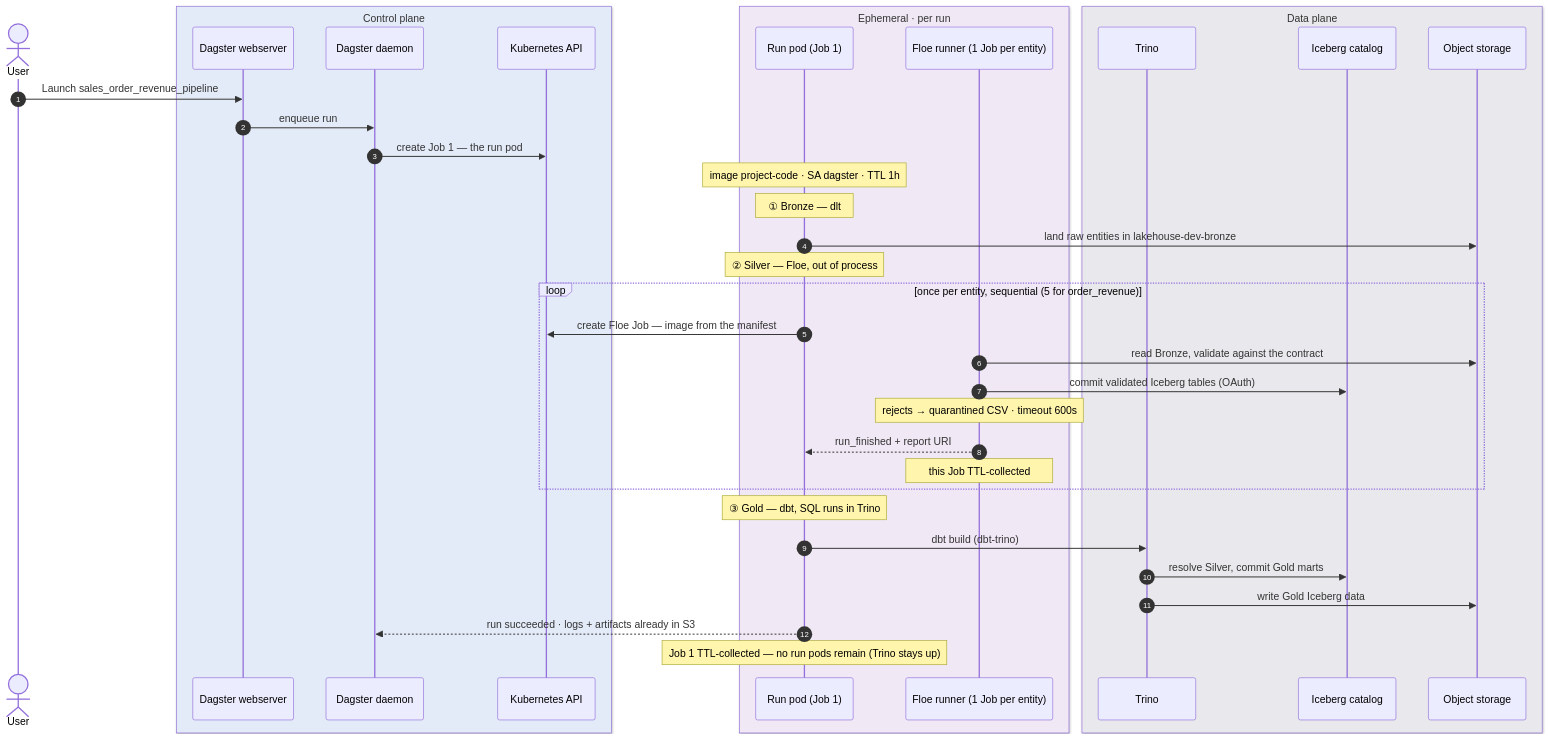
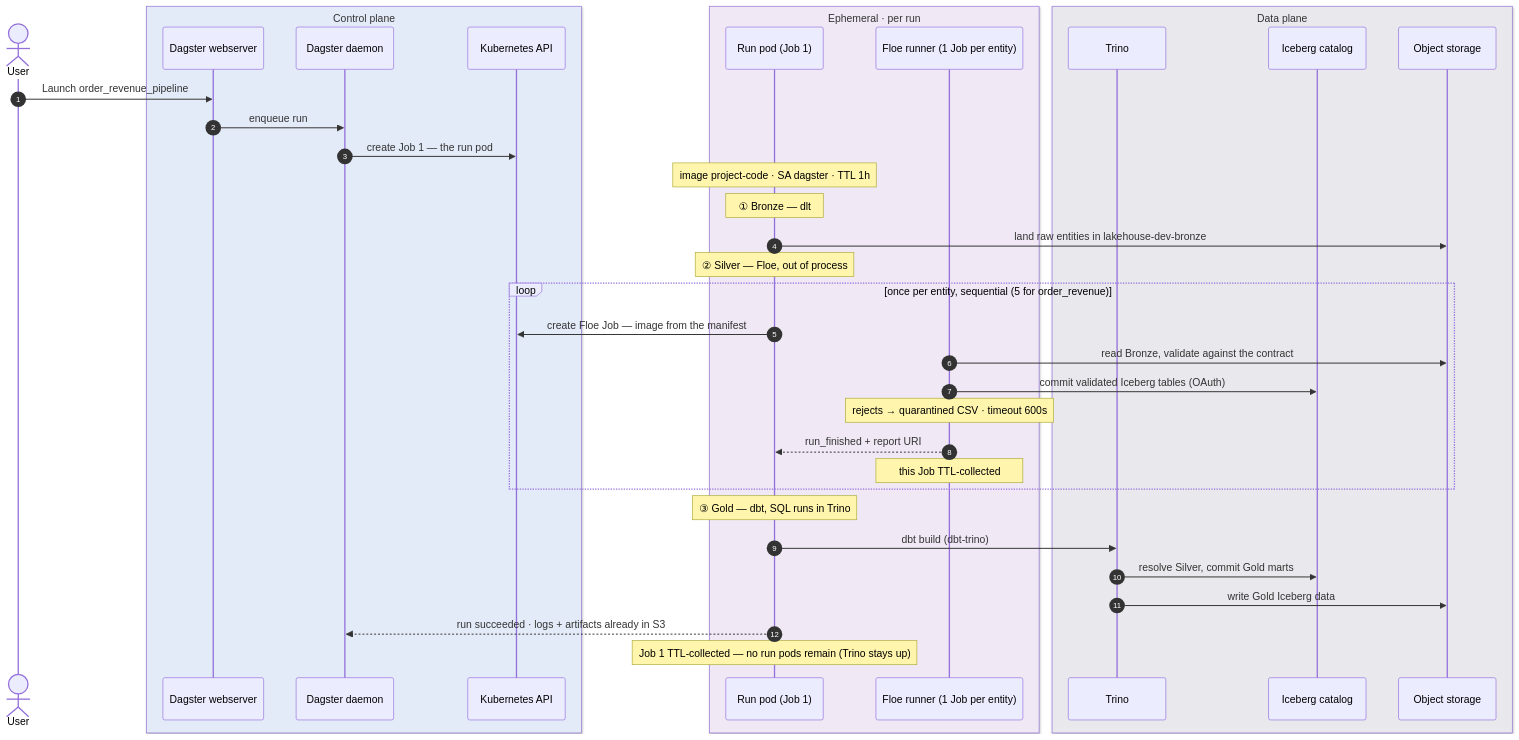
One commit to chouaibmouidis-py/openlakeforge changed the first of 2 diagrams in docs/architecture/diagrams/chart3-ephemeral-job-lifecycle.md. Above: the diagram before and after it, drawn with Mermaid. The commit also changed 15 other files, not shown here.

First line of the commit message:
docs: hardware requirements, a gapless tutorial and the runtime charts (#513)

````diff
--- a/docs/architecture/diagrams/chart3-ephemeral-job-lifecycle.md
+++ b/docs/architecture/diagrams/chart3-ephemeral-job-lifecycle.md
@@ -21,45 +21,45 @@
 ```mermaid
 sequenceDiagram
     autonumber
     actor User
     box rgb(228,235,248) Control plane
         participant UI as Dagster webserver
         participant Daemon as Dagster daemon
         participant API as Kubernetes API
     end
     box rgb(240,232,245) Ephemeral · per run
         participant Run as Run pod (Job 1)
         participant Floe as Floe runner (1 Job per entity)
     end
     box rgb(233,233,237) Data plane
         participant Trino
         participant Polaris as Iceberg catalog
         participant S3 as Object storage
     end
 
-    User->>UI: Launch sales_order_revenue_pipeline
+    User->>UI: Launch order_revenue_pipeline
     UI->>Daemon: enqueue run
     Daemon->>API: create Job 1 — the run pod
     Note over Run: image project-code · SA dagster · TTL 1h
 
     Note over Run: ① Bronze — dlt
     Run->>S3: land raw entities in lakehouse-dev-bronze
 
     Note over Run: ② Silver — Floe, out of process
     loop once per entity, sequential (5 for order_revenue)
         Run->>API: create Floe Job — image from the manifest
         Floe->>S3: read Bronze, validate against the contract
         Floe->>Polaris: commit validated Iceberg tables (OAuth)
         Note over Floe: rejects → quarantined CSV · timeout 600s
         Floe-->>Run: run_finished + report URI
         Note over Floe: this Job TTL-collected
     end
 
     Note over Run: ③ Gold — dbt, SQL runs in Trino
     Run->>Trino: dbt build (dbt-trino)
     Trino->>Polaris: resolve Silver, commit Gold marts
     Trino->>S3: write Gold Iceberg data
 
     Run-->>Daemon: run succeeded · logs + artifacts already in S3
     Note over Run: Job 1 TTL-collected — no run pods remain (Trino stays up)
 ```
````
